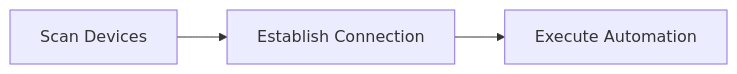
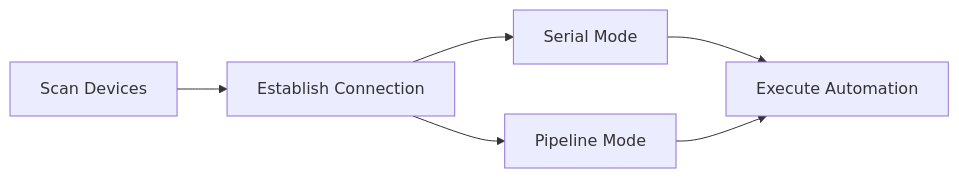
Before and after one commit to KhazixW2/MaaMCP: the first of 3 diagrams in README_EN.md, drawn with Mermaid. The commit also changed other lines of this file and 1 other file, not shown here.

````diff
--- a/README_EN.md
+++ b/README_EN.md
@@ -156,5 +164,8 @@
 ```mermaid
 graph LR
     A[Scan Devices] --> B[Establish Connection]
-    B --> C[Execute Automation]
+    B --> C1[Serial Mode]
+    B --> C2[Pipeline Mode]
+    C1 --> D[Execute Automation]
+    C2 --> D
 ```
````
